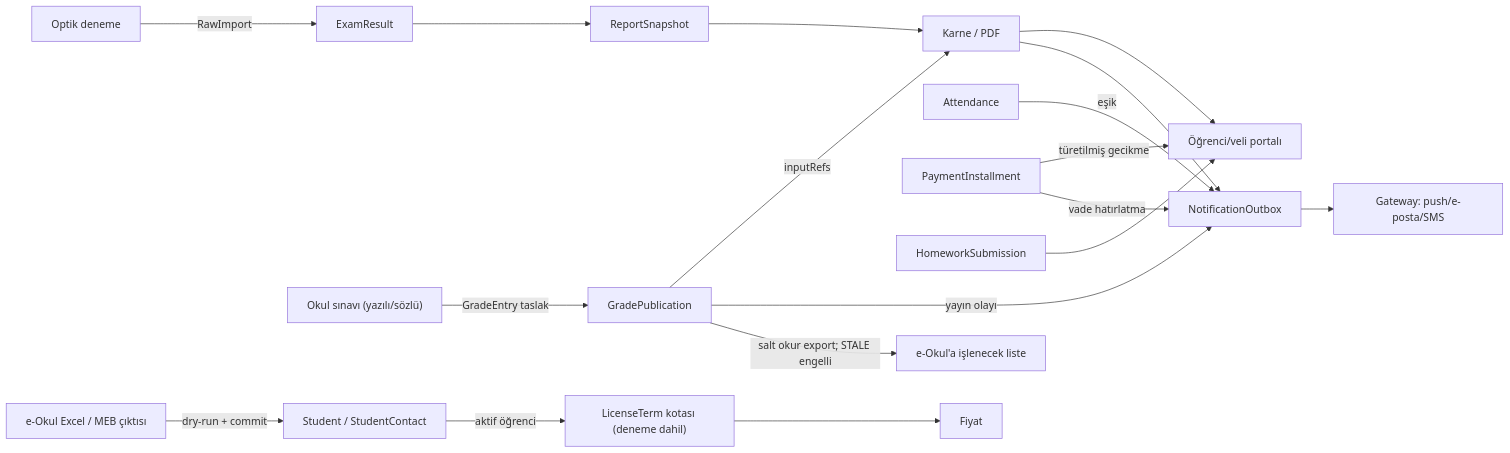
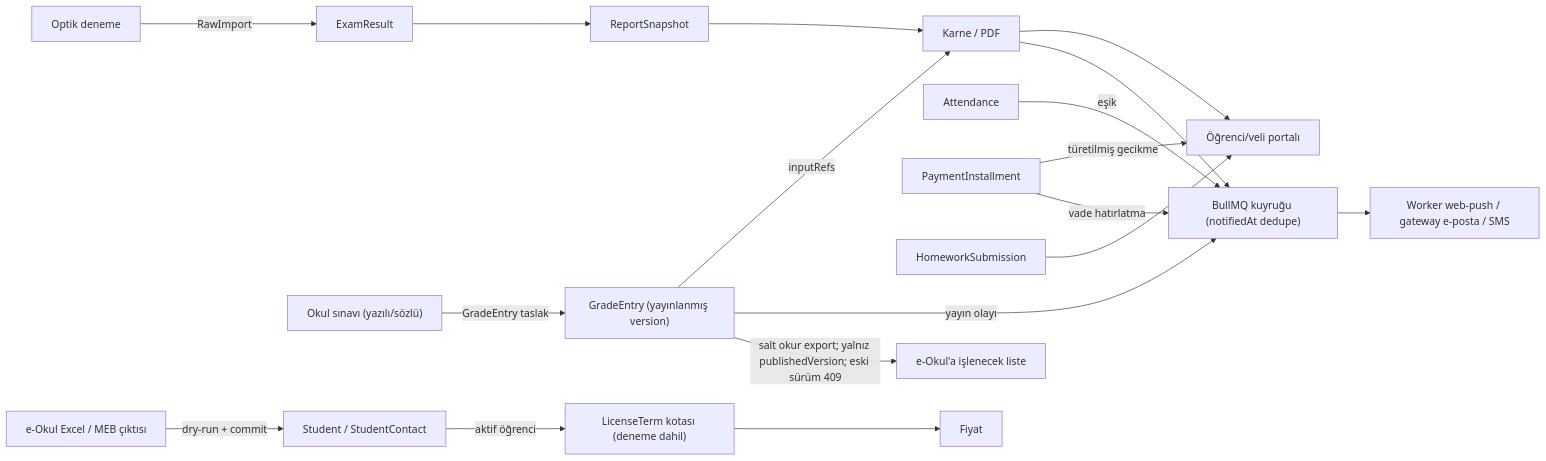
Before and after one commit to 4rmus/o-okul: the diagram in docs/ozel-k12-strateji-ve-yol-haritasi-plan.md, drawn with Mermaid. The commit also changed other lines of this file and 1 other file, not shown here.

First line of the commit message:
docs(strategy): apply the architecture review and simplify the plan

````diff
--- a/docs/ozel-k12-strateji-ve-yol-haritasi-plan.md
+++ b/docs/ozel-k12-strateji-ve-yol-haritasi-plan.md
@@ -269,20 +296,20 @@
 ```mermaid
 flowchart LR
   optik["Optik deneme"] -->|"RawImport"| exres["ExamResult"]
   exres --> rsnap["ReportSnapshot"]
-  yazili["Okul sınavı (yazılı/sözlü)"] -->|"GradeEntry taslak"| gpub["GradePublication"]
+  yazili["Okul sınavı (yazılı/sözlü)"] -->|"GradeEntry taslak"| gpub["GradeEntry (yayınlanmış version)"]
   rsnap --> karne["Karne / PDF"]
   gpub -->|"inputRefs"| karne
   karne --> portal["Öğrenci/veli portalı"]
-  karne --> outbox["NotificationOutbox"]
-  gpub -->|"yayın olayı"| outbox
-  devam["Attendance"] -->|"eşik"| outbox
+  karne --> kuyruk["BullMQ kuyruğu (notifiedAt dedupe)"]
+  gpub -->|"yayın olayı"| kuyruk
+  devam["Attendance"] -->|"eşik"| kuyruk
   taksit["PaymentInstallment"] -->|"türetilmiş gecikme"| portal
-  taksit -->|"vade hatırlatma"| outbox
+  taksit -->|"vade hatırlatma"| kuyruk
   odev["HomeworkSubmission"] --> portal
-  outbox --> gw["Gateway: push/e-posta/SMS"]
+  kuyruk --> gw["Worker web-push / gateway e-posta / SMS"]
   eokul["e-Okul Excel / MEB çıktısı"] -->|"dry-run + commit"| kayit["Student / StudentContact"]
   kayit -->|"aktif öğrenci"| kota["LicenseTerm kotası (deneme dahil)"]
   kota --> finans["Fiyat"]
-  gpub -->|"salt okur export; STALE engelli"| liste["e-Okul'a işlenecek liste"]
+  gpub -->|"salt okur export; yalnız publishedVersion; eski sürüm 409"| liste["e-Okul'a işlenecek liste"]
 ```
````
